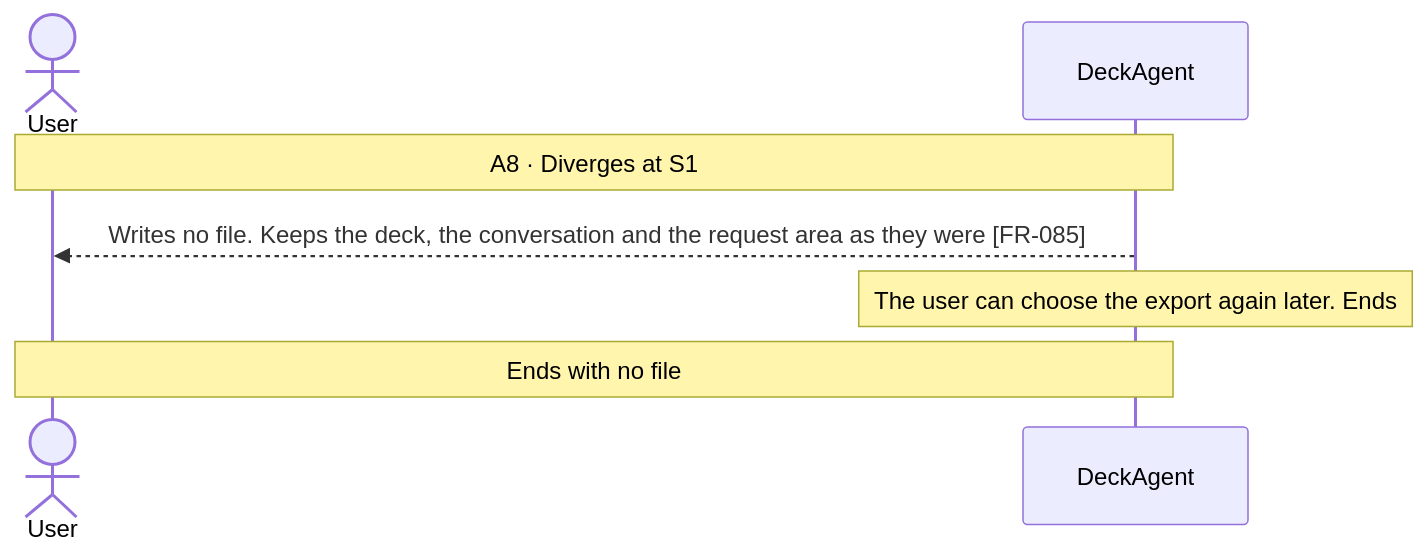
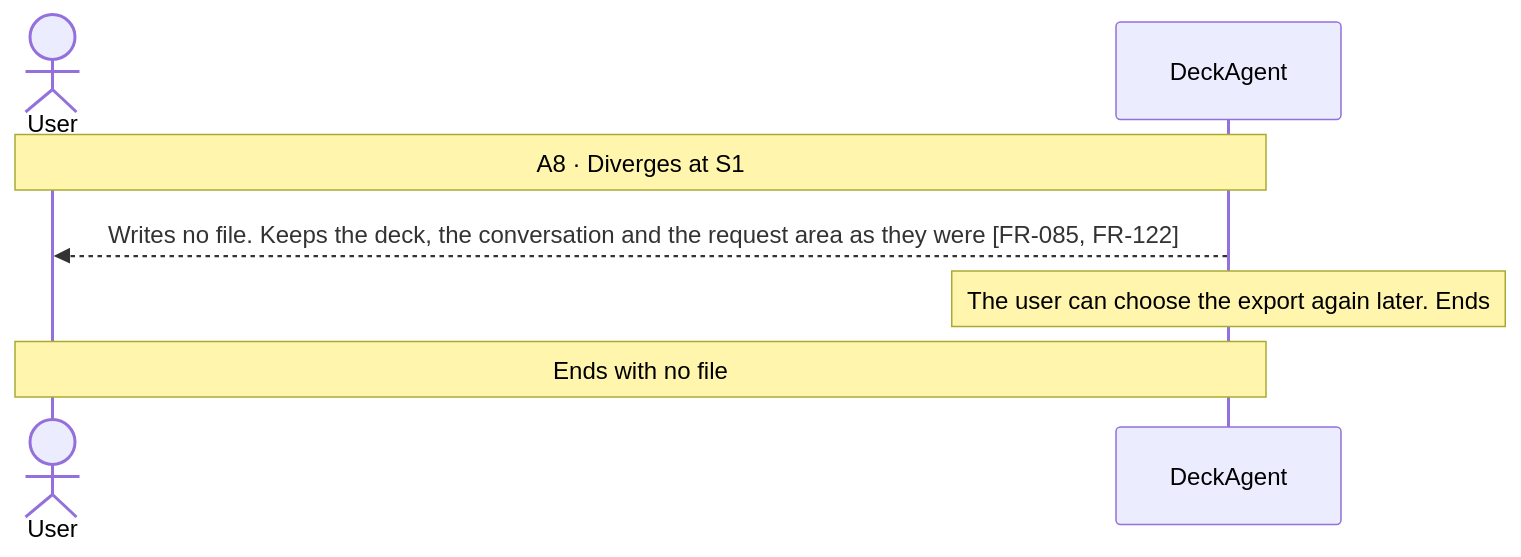
Before and after one commit to Luke23127006/DeckAgent: the seventh of 11 diagrams in docs/spec/03-use-cases/UC-004.md, drawn with Mermaid. The commit also changed other lines of this file and 25 other files, not shown here.

````diff
--- a/docs/spec/03-use-cases/UC-004.md
+++ b/docs/spec/03-use-cases/UC-004.md
@@ -136,9 +136,9 @@
 ```mermaid
 sequenceDiagram
     actor User
     participant DeckAgent
     Note over User,DeckAgent: A8 · Diverges at S1
-    DeckAgent-->>User: Writes no file. Keeps the deck, the conversation and the request area as they were [FR-085]
+    DeckAgent-->>User: Writes no file. Keeps the deck, the conversation and the request area as they were [FR-085, FR-122]
     note over DeckAgent: The user can choose the export again later. Ends
     Note over User,DeckAgent: Ends with no file
 ```
````
